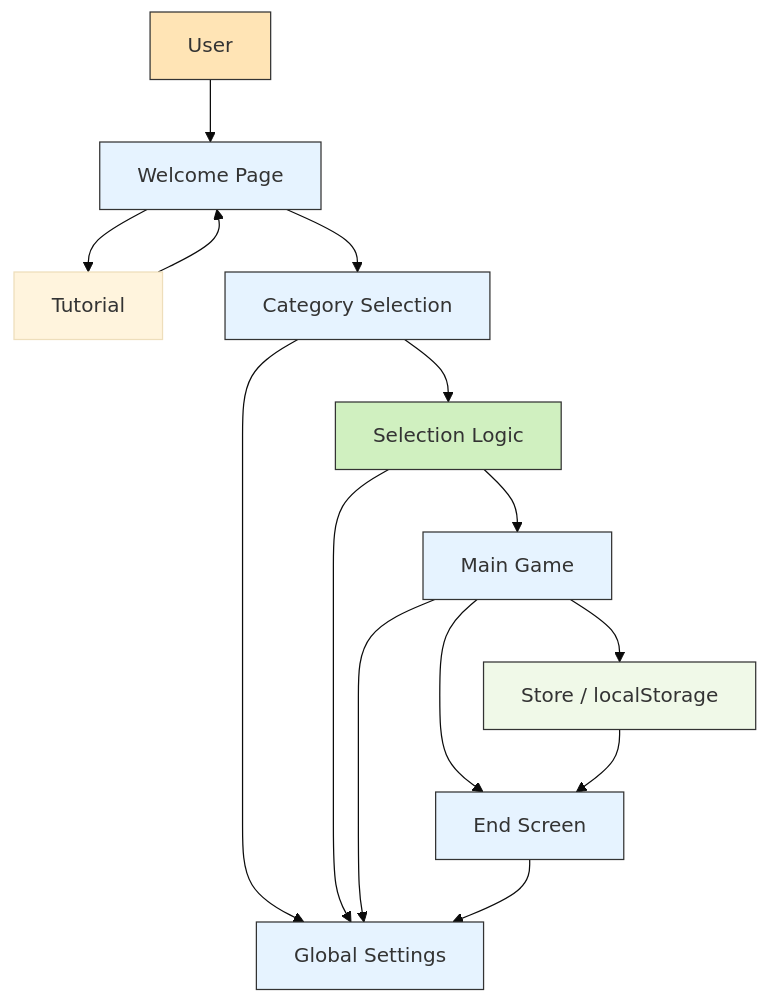
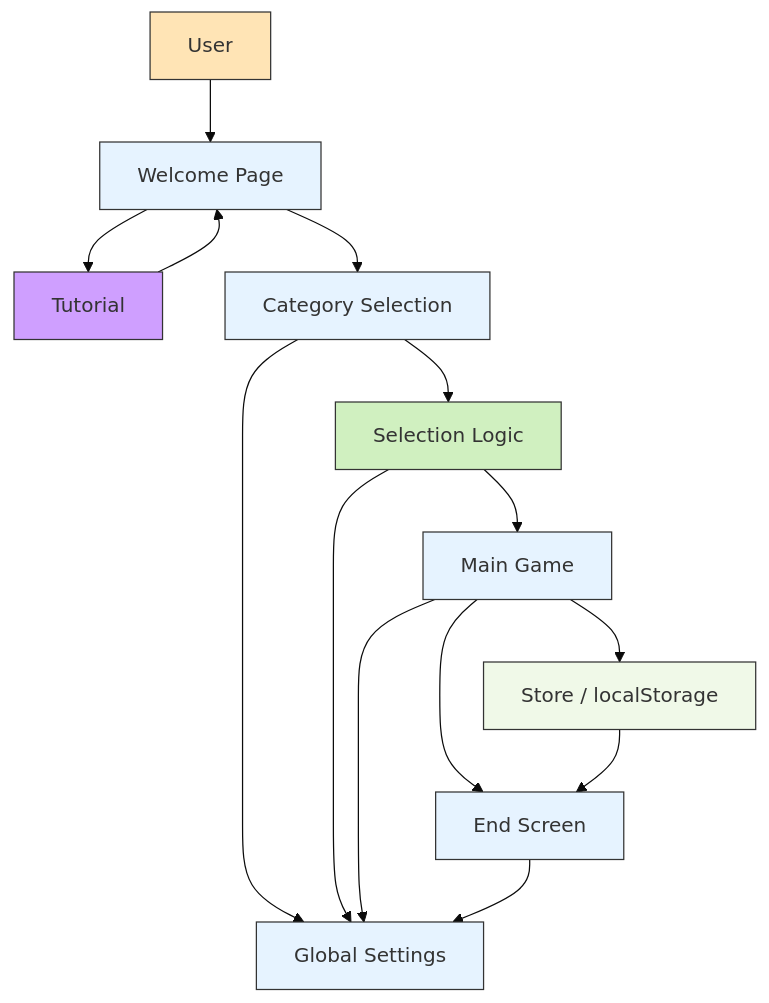
One commit to uu-semp/swedish-learning-app-2025 changed the diagram in team08/README.md. Above: the diagram before and after it, drawn with Mermaid (base theme).

Commit message:
updating readme file

````diff
--- a/team08/README.md
+++ b/team08/README.md
@@ -42,25 +42,26 @@
 ```mermaid
 graph TD
     A[User] --> B[Welcome Page]
     B --> I[Tutorial] 
     I --> B
     B --> C[Category Selection]
     C --> D[Selection Logic]
     D --> E[Main Game]
     E --> F[Store / localStorage]
     E --> G[End Screen]
     C --> H[Global Settings]
     D --> H
     E --> H
     G --> H
     F --> G
 
     style A fill:#ffe4b5,stroke:#333
     style B fill:#e6f3ff,stroke:#333
     style C fill:#e6f3ff,stroke:#333
     style E fill:#e6f3ff,stroke:#333
     style G fill:#e6f3ff,stroke:#333
     style H fill:#e6f3ff,stroke:#333
     style D fill:#d0f0c0,stroke:#333
     style F fill:#f0f9e8,stroke:#333
+    style I fill:#CF9FFF,stroke:#333
 ```
````
